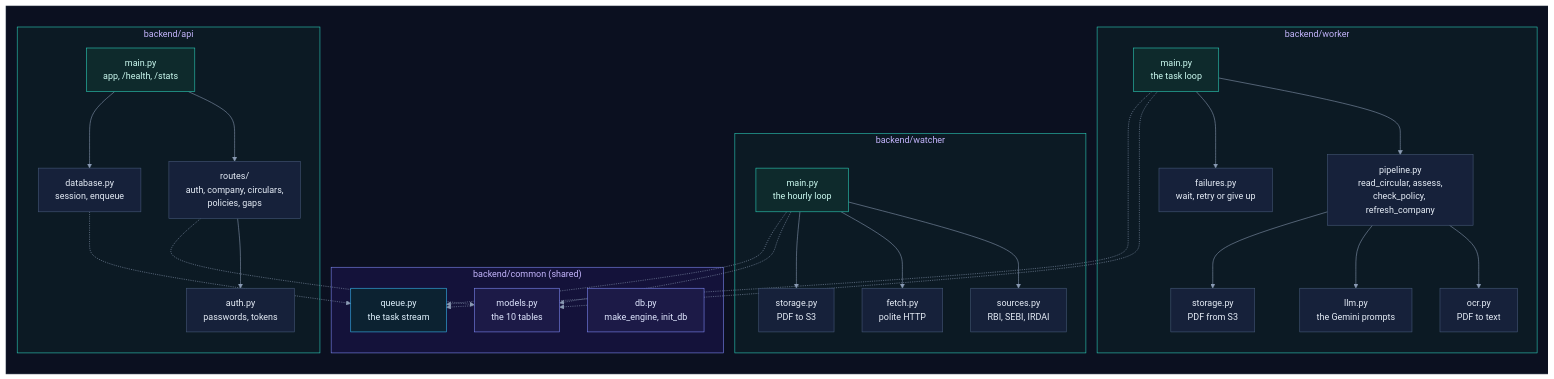
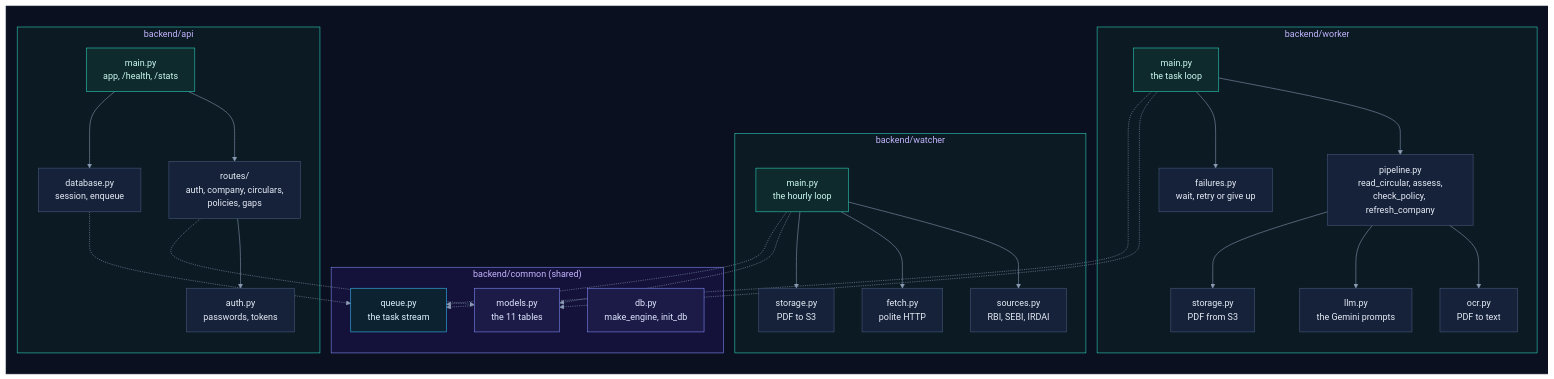
Before and after one commit to selvakumarperumal/Regulatory_Circular_Impact_Agent: diagram 22 of 22 in how_it_works.md, drawn with Mermaid. The commit also changed other lines of this file and 4 other files, not shown here.

````diff
--- a/how_it_works.md
+++ b/how_it_works.md
@@ -1375,54 +1381,54 @@
 ```mermaid
 %%{init: {"theme": "base", "flowchart": {"diagramPadding": 0}, "themeVariables": {"darkMode": true, "primaryColor": "#16213a", "primaryTextColor": "#e6edf7", "primaryBorderColor": "#475a7a", "lineColor": "#8b9bb4", "secondaryColor": "#1b2436", "tertiaryColor": "#101a2e", "edgeLabelBackground": "#0f172a", "textColor": "#e2e8f0", "clusterBkg": "#0f1728", "clusterBorder": "#2b3a55", "titleColor": "#c4b5fd", "nodeTextColor": "#e6edf7"}}}%%
 flowchart TB
     subgraph canvas[" "]
         direction TB
         subgraph common["backend/common (shared)"]
-            models["models.py<br/>the 10 tables"]
+            models["models.py<br/>the 11 tables"]
             dbpy["db.py<br/>make_engine, init_db"]
             queuepy["queue.py<br/>the task stream"]
         end
         subgraph watcher["backend/watcher"]
             wmain["main.py<br/>the hourly loop"] --> sources["sources.py<br/>RBI, SEBI, IRDAI"]
             wmain --> fetch["fetch.py<br/>polite HTTP"]
             wmain --> wstore["storage.py<br/>PDF to S3"]
         end
         subgraph worker["backend/worker"]
             kmain["main.py<br/>the task loop"] --> pipeline["pipeline.py<br/>read_circular, assess,<br/>check_policy, refresh_company"]
             kmain --> failures["failures.py<br/>wait, retry or give up"]
             pipeline --> ocrpy["ocr.py<br/>PDF to text"]
             pipeline --> llm["llm.py<br/>the Gemini prompts"]
             pipeline --> kstore["storage.py<br/>PDF from S3"]
         end
         subgraph api["backend/api"]
             amain["main.py<br/>app, /health, /stats"] --> routes["routes/<br/>auth, company, circulars,<br/>policies, gaps"]
             amain --> database["database.py<br/>session, enqueue"]
             routes --> authpy["auth.py<br/>passwords, tokens"]
         end
         wmain -.-> models
         kmain -.-> models
         routes -.-> models
         wmain -.-> queuepy
         kmain -.-> queuepy
         database -.-> queuepy
     end
 
     class models,dbpy data
     class queuepy queue
     class wmain,kmain,amain svc
     classDef svc fill:#0e2a2c,stroke:#2dd4bf,color:#ccfbf1
     classDef data fill:#1c1a47,stroke:#818cf8,color:#e0e7ff
     classDef ext fill:#2a1640,stroke:#c084fc,color:#f3e8ff
     classDef gpu fill:#2d1b0c,stroke:#fb923c,color:#ffedd5
     classDef ask fill:#2a2410,stroke:#fbbf24,color:#fef3c7
     classDef ok fill:#0b2a1c,stroke:#34d399,color:#d1fae5
     classDef bad fill:#2e0f17,stroke:#fb7185,color:#ffe4e6
     classDef start fill:#1c2a0e,stroke:#a7ef6f,color:#ecfccb
     classDef muted fill:#1a2130,stroke:#64748b,color:#cbd5e1
     classDef queue fill:#0c2231,stroke:#38bdf8,color:#e0f2fe
     style common fill:#14123a,stroke:#818cf8
     style watcher fill:#0c1a24,stroke:#2dd4bf
     style worker fill:#0c1a24,stroke:#2dd4bf
     style api fill:#0c1a24,stroke:#2dd4bf
     style canvas fill:#0b1020,stroke:#1e293b,color:#0b1020
 ```
````
